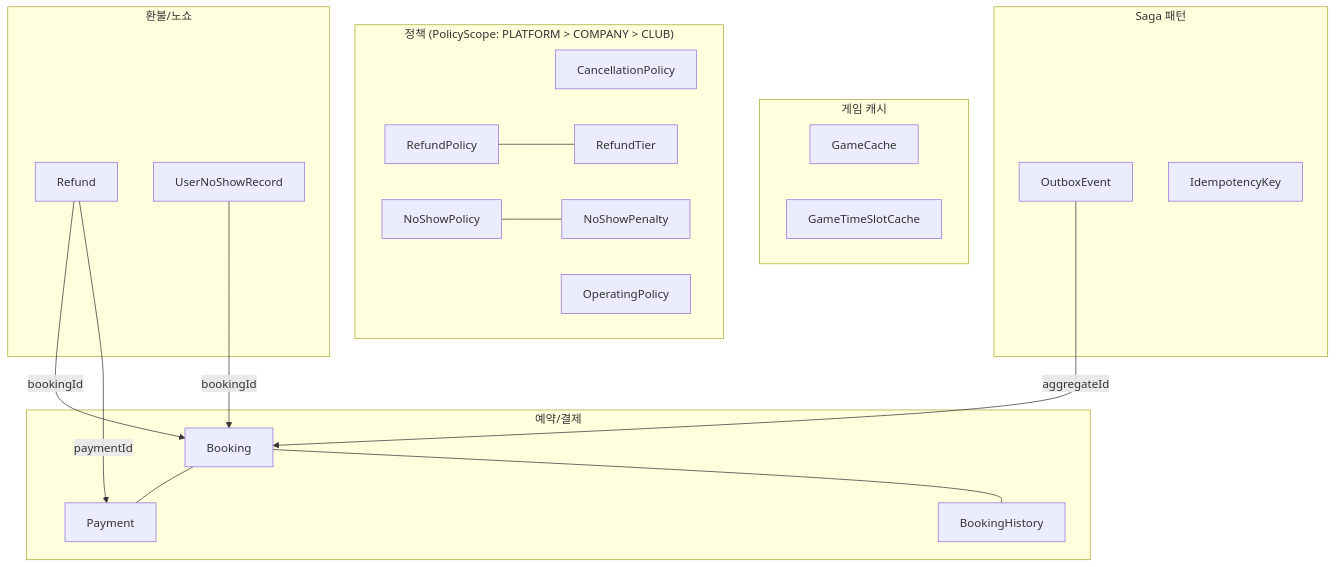
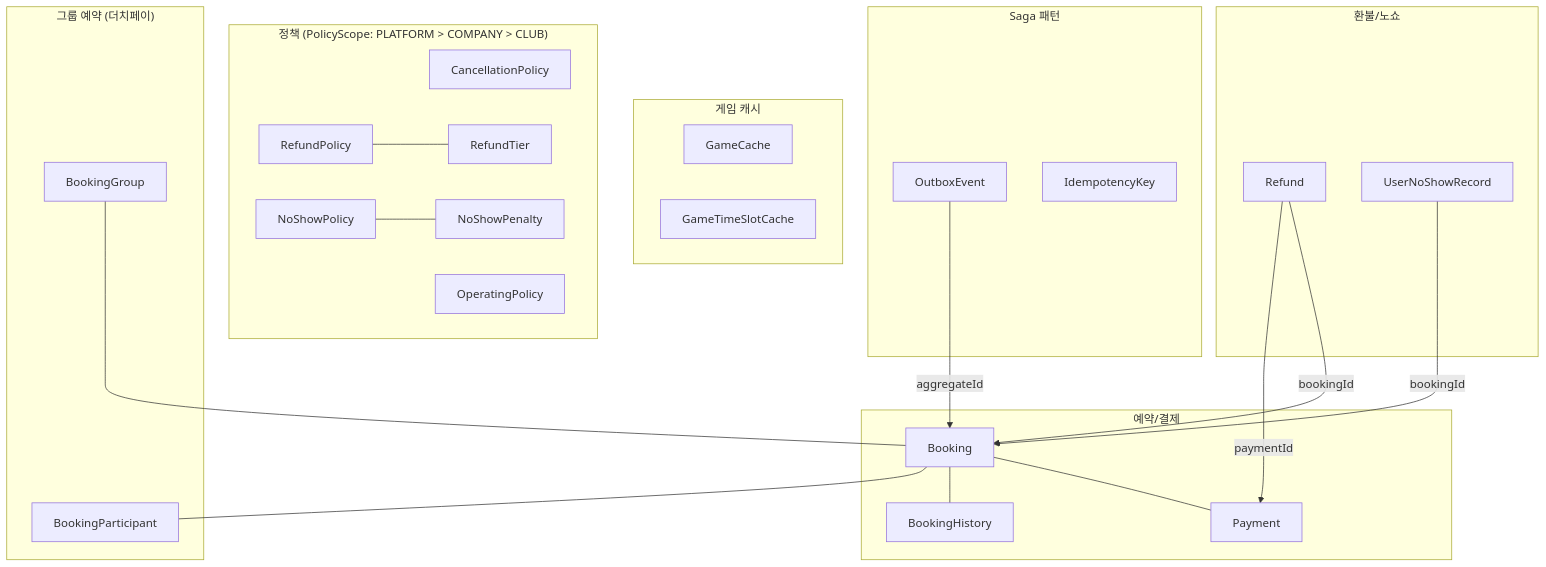
Diagram 12 of 27 in docs/architecture/DATABASE.md (uniyous/parkgolf-platform), drawn with Mermaid before and after one commit. The commit also changed other lines of this file and 6 other files, not shown here.

First line of the commit message:
docs: 아키텍처/워크플로우 문서 현행화 및 SECURITY.md 추가

````diff
--- a/docs/architecture/DATABASE.md
+++ b/docs/architecture/DATABASE.md
@@ -587,41 +592,48 @@
 ```mermaid
 flowchart TB
     subgraph core["예약/결제"]
         B_Booking["Booking"]
         B_Payment["Payment"]
         B_History["BookingHistory"]
         B_Booking --- B_Payment
         B_Booking --- B_History
+    end
+
+    subgraph group["그룹 예약 (더치페이)"]
+        BG_Group["BookingGroup"]
+        BG_Participant["BookingParticipant"]
+        BG_Group --- B_Booking
+        B_Booking --- BG_Participant
     end
 
     subgraph cache["게임 캐시"]
         BC_Game["GameCache"]
         BC_Slot["GameTimeSlotCache"]
     end
 
     subgraph refund["환불/노쇼"]
         R_Refund["Refund"]
         R_NoShow["UserNoShowRecord"]
     end
 
     subgraph policy["정책 (PolicyScope: PLATFORM > COMPANY > CLUB)"]
         P_Cancel["CancellationPolicy"]
         P_Refund["RefundPolicy"]
         P_RefundTier["RefundTier"]
         P_NoShow["NoShowPolicy"]
         P_NoShowPenalty["NoShowPenalty"]
         P_Operating["OperatingPolicy"]
         P_Refund --- P_RefundTier
         P_NoShow --- P_NoShowPenalty
     end
 
     subgraph saga["Saga 패턴"]
         S_Outbox["OutboxEvent"]
         S_Idempotency["IdempotencyKey"]
     end
 
     R_Refund -->|bookingId| B_Booking
     R_Refund -->|paymentId| B_Payment
     R_NoShow -->|bookingId| B_Booking
     S_Outbox -->|aggregateId| B_Booking
 ```
````
